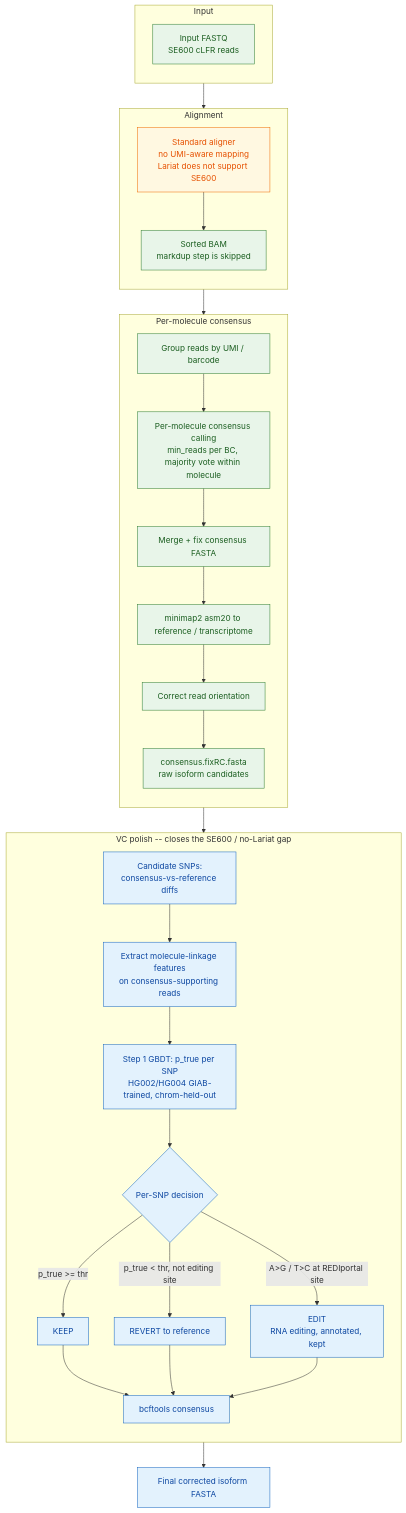
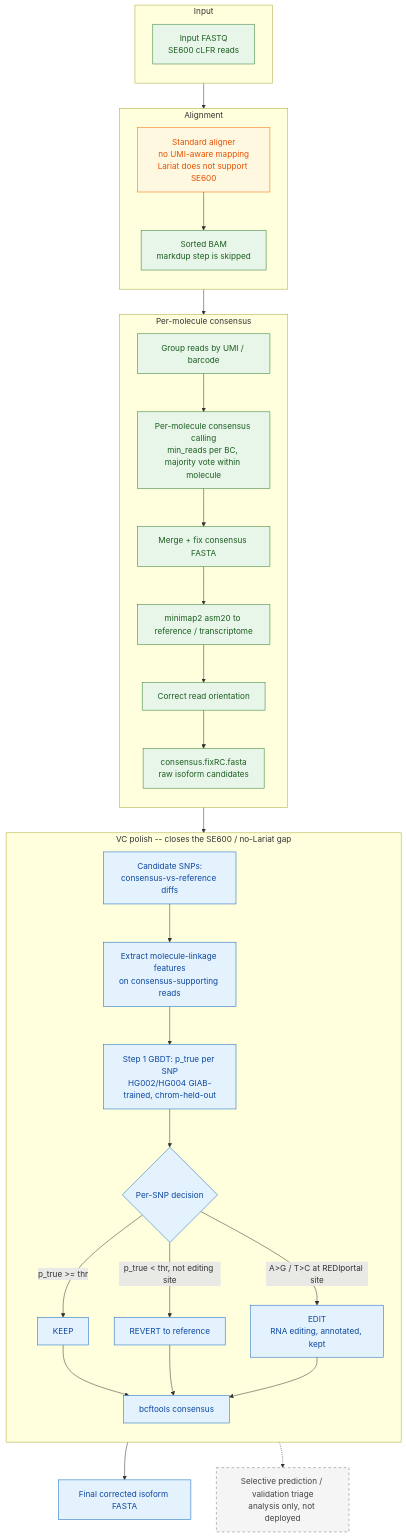
The diagram in README.md (Complete-Genomics/cLFR_SNVpolish), drawn with Mermaid before and after one commit. The commit also changed other lines of this file and 1 other file, not shown here.

````diff
--- a/README.md
+++ b/README.md
@@ -95,46 +107,50 @@
 ```mermaid
 flowchart TB
     subgraph INPUT[Input]
         direction TB
         A[Input FASTQ\nSE600 cLFR reads]
     end
 
     subgraph ALIGN[Alignment]
         direction TB
         A --> D[Standard aligner\nno UMI-aware mapping\nLariat does not support SE600]
         D --> E[Sorted BAM\nmarkdup step is skipped]
     end
 
     subgraph CONSENSUS[Per-molecule consensus]
         direction TB
         E --> F[Group reads by UMI / barcode]
         F --> G[Per-molecule consensus calling\nmin_reads per BC, majority vote within molecule]
         G --> H[Merge + fix consensus FASTA]
         H --> I[minimap2 asm20 to reference / transcriptome]
         I --> J[Correct read orientation]
         J --> K[consensus.fixRC.fasta\nraw isoform candidates]
     end
 
     subgraph POLISH[VC polish -- closes the SE600 / no-Lariat gap]
         direction TB
         K --> L[Candidate SNPs:\nconsensus-vs-reference diffs]
         L --> M[Extract molecule-linkage features\non consensus-supporting reads]
         M --> N[Step 1 GBDT: p_true per SNP\nHG002/HG004 GIAB-trained, chrom-held-out]
         N --> O{Per-SNP decision}
         O -->|p_true >= thr| P[KEEP]
         O -->|p_true < thr, not editing site| Q[REVERT to reference]
         O -->|A>G / T>C at REDIportal site| R[EDIT\nRNA editing, annotated, kept]
         P --> S[bcftools consensus]
         Q --> S
         R --> S
     end
 
     S --> T[Final corrected isoform FASTA]
 
+    N -.-> U[Selective prediction / validation triage\nanalysis only, not deployed]
+
     classDef production fill:#e8f5e9,stroke:#2e7d32,color:#1b5e20;
     classDef gap fill:#fff8e1,stroke:#ef6c00,color:#e65100;
     classDef polish fill:#e3f2fd,stroke:#1565c0,color:#0d47a1;
+    classDef analysis fill:#f5f5f5,stroke:#757575,color:#424242,stroke-dasharray: 5 5;
     class A,E,F,G,H,I,J,K production;
     class D gap;
     class L,M,N,O,P,Q,R,S,T polish;
+    class U analysis;
 ```
````
